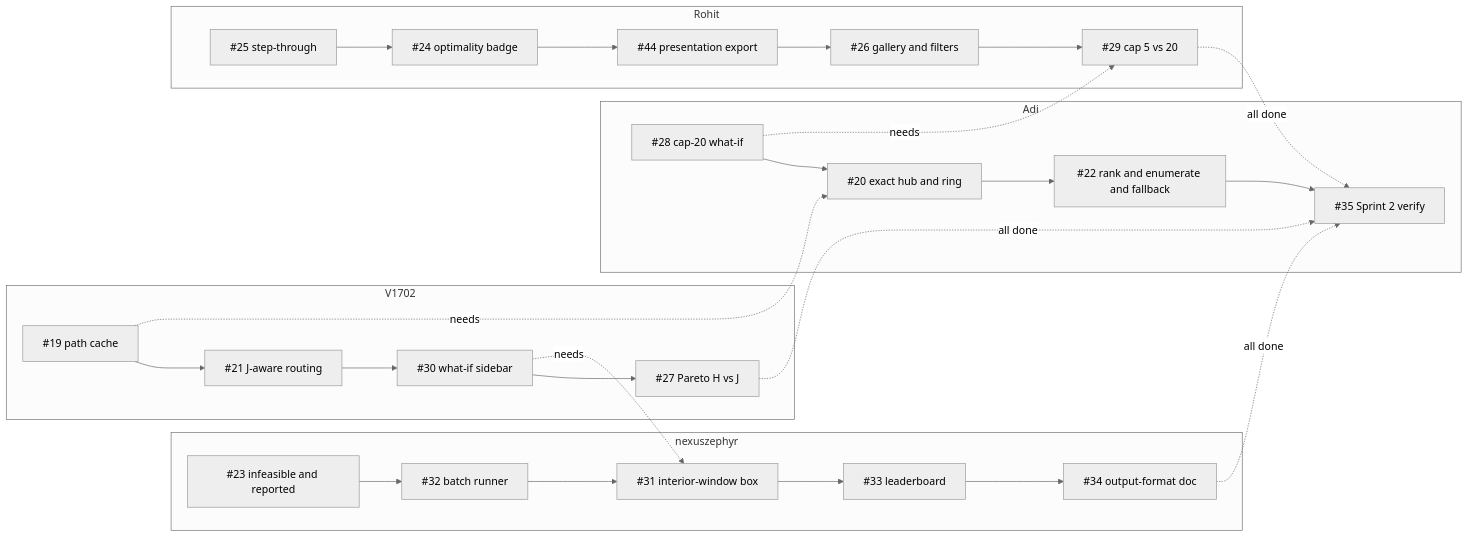
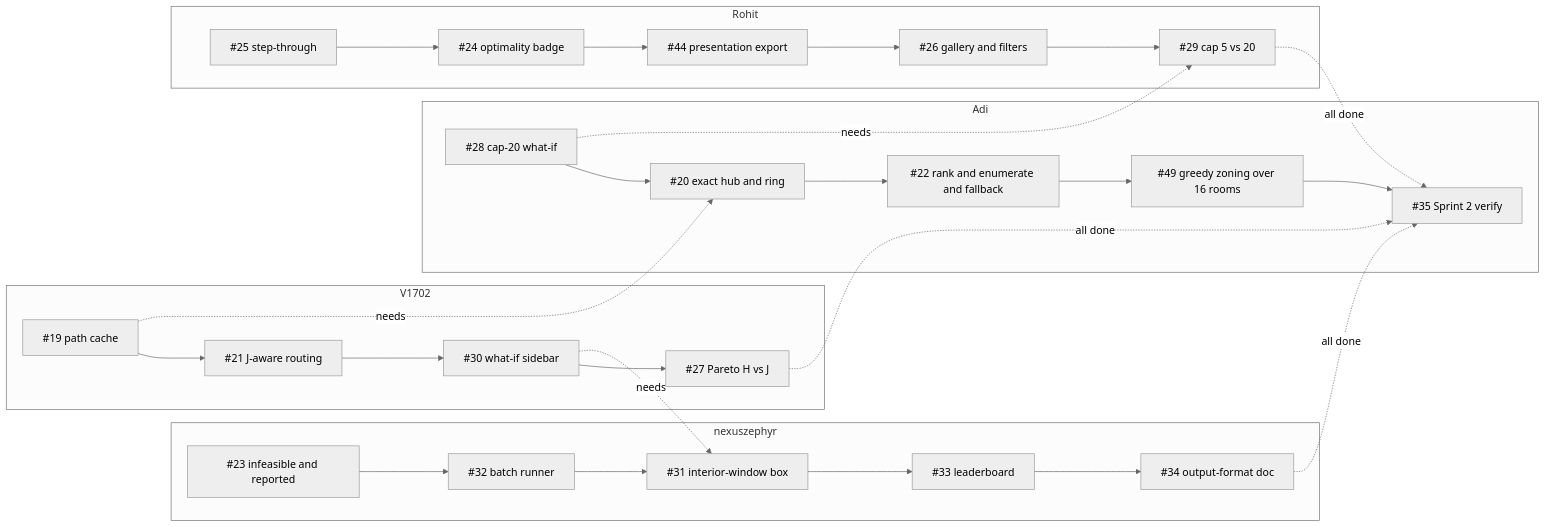
Before and after one commit to Adityashandilya555/hackhive: the second of 2 diagrams in docs/EXECUTION_PLAN.md, drawn with Mermaid (neutral theme). The commit also changed other lines of this file and 7 other files, not shown here.

````diff
--- a/docs/EXECUTION_PLAN.md
+++ b/docs/EXECUTION_PLAN.md
@@ -75,49 +79,51 @@
 ```mermaid
 flowchart LR
     subgraph AdiS2 [Adi]
         i28["#35;28 cap-20 what-if"]
         i20["#35;20 exact hub and ring"]
         i22["#35;22 rank and enumerate and fallback"]
         i35["#35;35 Sprint 2 verify"]
         i28 --> i20
         i20 --> i22
-        i22 --> i35
+        i49["#35;49 greedy zoning over 16 rooms"]
+        i22 --> i49
+        i49 --> i35
     end
     subgraph nexuszephyrS2 [nexuszephyr]
         i23["#35;23 infeasible and reported"]
         i32["#35;32 batch runner"]
         i31["#35;31 interior-window box"]
         i33["#35;33 leaderboard"]
         i34["#35;34 output-format doc"]
         i23 --> i32
         i32 --> i31
         i31 --> i33
         i33 --> i34
     end
     subgraph V1702S2 [V1702]
         i19["#35;19 path cache"]
         i21["#35;21 J-aware routing"]
         i30["#35;30 what-if sidebar"]
         i27["#35;27 Pareto H vs J"]
         i19 --> i21
         i21 --> i30
         i30 --> i27
     end
     subgraph RohitS2 [Rohit]
         i25["#35;25 step-through"]
         i24["#35;24 optimality badge"]
         i44["#35;44 presentation export"]
         i26["#35;26 gallery and filters"]
         i29["#35;29 cap 5 vs 20"]
         i25 --> i24
         i24 --> i44
         i44 --> i26
         i26 --> i29
     end
     i19 -.->|needs| i20
     i30 -.->|needs| i31
     i28 -.->|needs| i29
     i34 -.->|all done| i35
     i27 -.->|all done| i35
     i29 -.->|all done| i35
 ```
````
